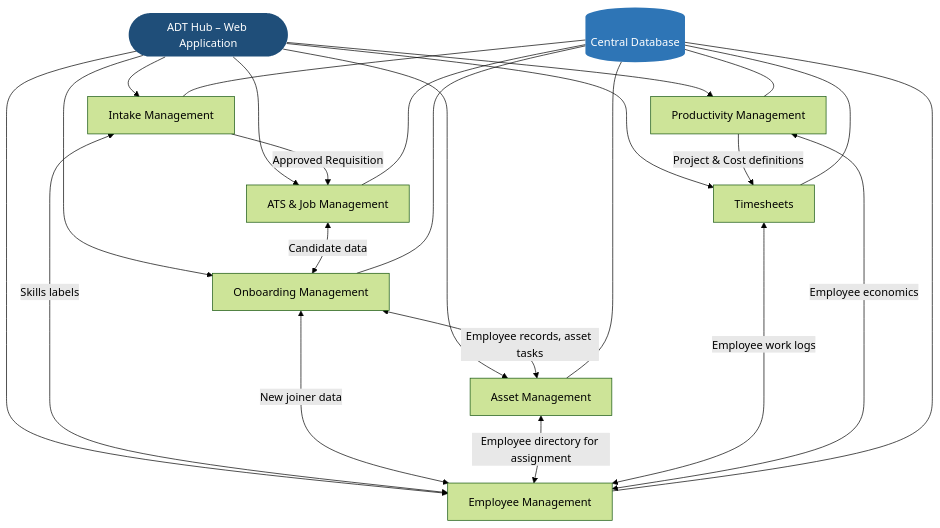
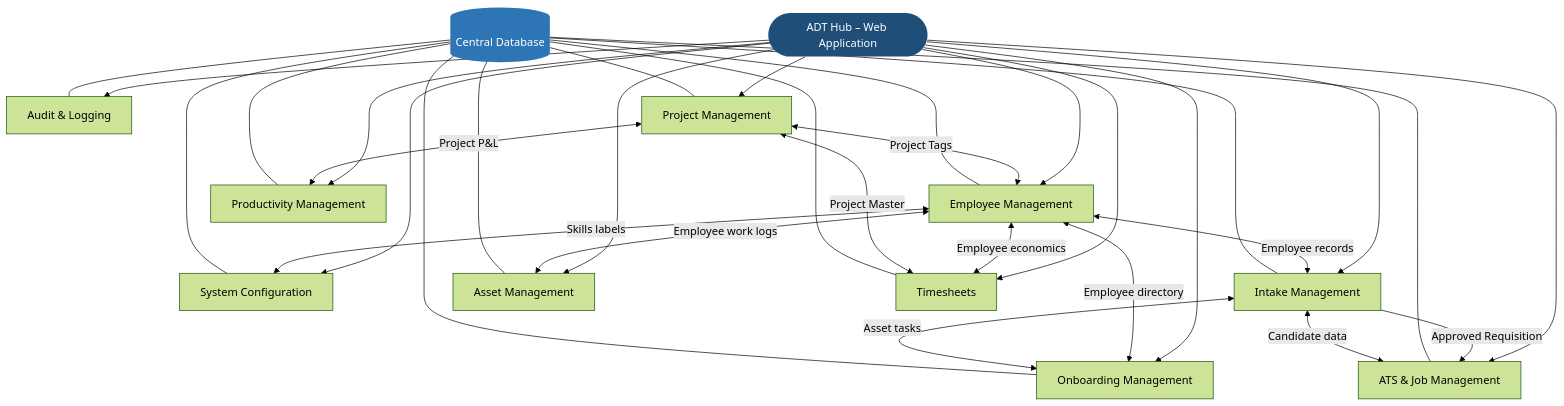
The first of 18 diagrams in docs/ADT_Hub_Spec_Plan.md (ATDawnTech/HubV2), drawn with Mermaid (forest theme) before and after one commit. The commit also changed other lines of this file, not shown here.

Commit message:
Refine Epic 1 (Personnel Management) and reorder Epics 8/10

````diff
--- a/docs/ADT_Hub_Spec_Plan.md
+++ b/docs/ADT_Hub_Spec_Plan.md
@@ -17,31 +17,39 @@
 ```mermaid
 graph TD
-    Nav([ADT Hub – Web Application]) --> E1[Intake Management]
-    Nav --> E2[ATS & Job Management]
-    Nav --> E3[Onboarding Management]
-    Nav --> E4[Asset Management]
-    Nav --> E5[Employee Management]
+    Nav([ADT Hub – Web Application]) --> E1[Employee Management]
+    Nav --> E2[System Configuration]
+    Nav --> E3[Intake Management]
+    Nav --> E4[Onboarding Management]
+    Nav --> E5[Asset Management]
     Nav --> E6[Timesheets]
     Nav --> E7[Productivity Management]
+    Nav --> E8[ATS & Job Management]
+    Nav --> E9[Audit & Logging]
+    Nav --> E10[Project Management]
 
-    E1 <-->|Skills labels| E5
-    E1 -->|Approved Requisition| E2
-    E2 <-->|Candidate data| E3
-    E3 <-->|Employee records, asset tasks| E4
-    E3 <-->|New joiner data| E5
-    E4 <-->|Employee directory for assignment| E5
-    E6 <-->|Employee work logs| E5
-    E7 -->|Project & Cost definitions| E6
-    E7 <-->|Employee economics| E5
+    E1 <-->|Employee directory| E4
+    E1 <-->|Employee records| E3
+    E1 <-->|Employee work logs| E5
+    E1 <-->|Employee economics| E6
+    E1 <-->|Skills labels| E2
+    E3 -->|Approved Requisition| E8
+    E8 <-->|Candidate data| E3
+    E3 <-->|Asset tasks| E4
+    E10 <-->|Project Tags| E1
+    E10 <-->|Project Master| E6
+    E10 <-->|Project P&L| E7
 
     DB[(Central Database)] --- E1
     DB --- E2
     DB --- E3
     DB --- E4
     DB --- E5
     DB --- E6
     DB --- E7
+    DB --- E8
+    DB --- E9
+    DB --- E10
 
     style Nav fill:#1F4E79,color:#fff,stroke:none
     style DB fill:#2E75B6,color:#fff,stroke:none
 ```
````
